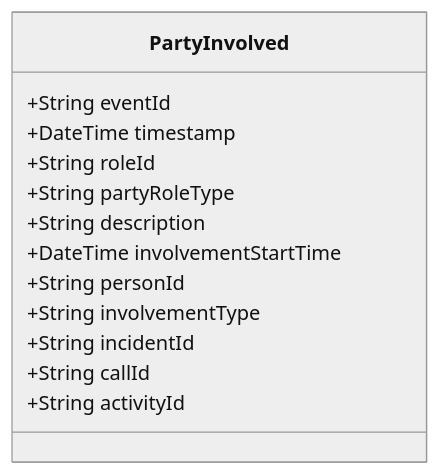
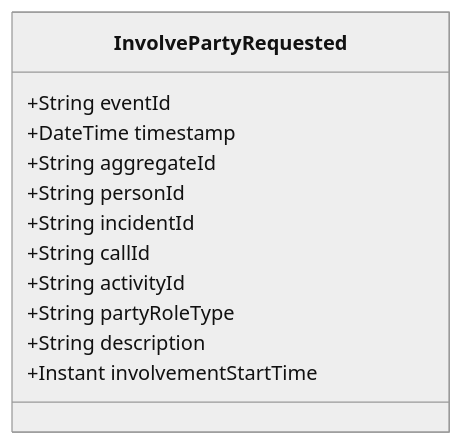
One commit to pgraff/police-system changed the diagram in doc/events/PartyInvolved.md. Above: the diagram before and after it, drawn with Mermaid (neutral theme). The commit also changed other lines of this file and 58 other files, not shown here.

````diff
--- a/doc/events/PartyInvolved.md
+++ b/doc/events/PartyInvolved.md
@@ -9,16 +9,15 @@
 ```mermaid
 classDiagram
-    class PartyInvolved {
+    class InvolvePartyRequested {
         +String eventId
         +DateTime timestamp
-        +String roleId
-        +String partyRoleType
-        +String description
-        +DateTime involvementStartTime
+        +String aggregateId
         +String personId
-        +String involvementType
         +String incidentId
         +String callId
         +String activityId
+        +String partyRoleType
+        +String description
+        +Instant involvementStartTime
     }
 ```
````
